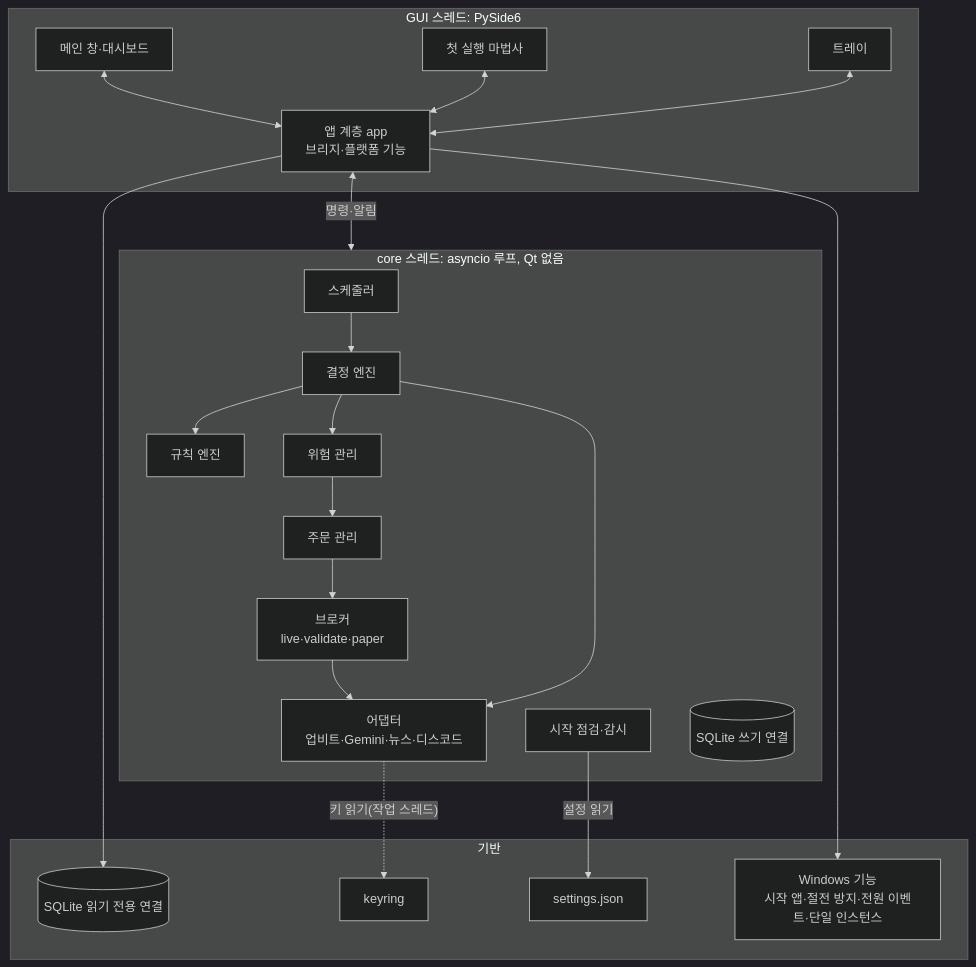
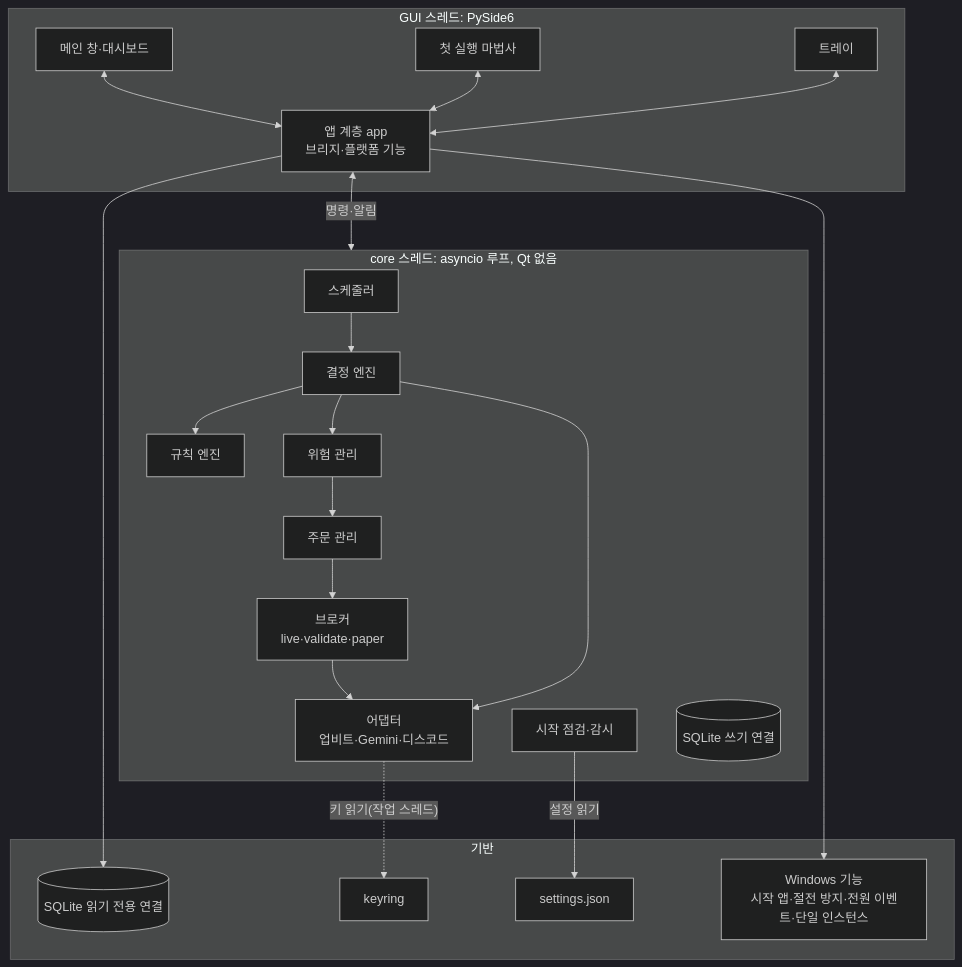
Before and after one commit to khy920723/upbit-autotrader: the second of 2 diagrams in docs/06-architecture/system-architecture.md, drawn with Mermaid (dark theme). The commit also changed other lines of this file and 33 other files, not shown here.

````diff
--- a/docs/06-architecture/system-architecture.md
+++ b/docs/06-architecture/system-architecture.md
@@ -26,41 +25,41 @@
 ```mermaid
 flowchart TB
     subgraph GUI["GUI 스레드: PySide6"]
         MW[메인 창·대시보드]
         WZ[첫 실행 마법사]
         TR[트레이]
         BR["앱 계층 app<br/>브리지·플랫폼 기능"]
     end
     subgraph CORE["core 스레드: asyncio 루프, Qt 없음"]
         SCH[스케줄러]
         DEC[결정 엔진]
         RULE[규칙 엔진]
         RISK[위험 관리]
         OM[주문 관리]
         BRK["브로커<br/>live·validate·paper"]
         HC[시작 점검·감시]
-        ADP["어댑터<br/>업비트·Gemini·뉴스·디스코드"]
+        ADP["어댑터<br/>업비트·Gemini·디스코드"]
         DBW[(SQLite 쓰기 연결)]
     end
     subgraph INF["기반"]
         DBR[(SQLite 읽기 전용 연결)]
         SEC[keyring]
         CFG[settings.json]
         PLT["Windows 기능<br/>시작 앱·절전 방지·전원 이벤트·단일 인스턴스"]
     end
     MW <--> BR
     WZ <--> BR
     TR <--> BR
     BR <-- "명령·알림" --> CORE
     SCH --> DEC
     DEC --> RULE
     DEC --> RISK
     RISK --> OM
     OM --> BRK
     BRK --> ADP
     DEC --> ADP
     HC -- "설정 읽기" --> CFG
     ADP -. "키 읽기(작업 스레드)" .-> SEC
     BR --> DBR
     BR --> PLT
 ```
````
